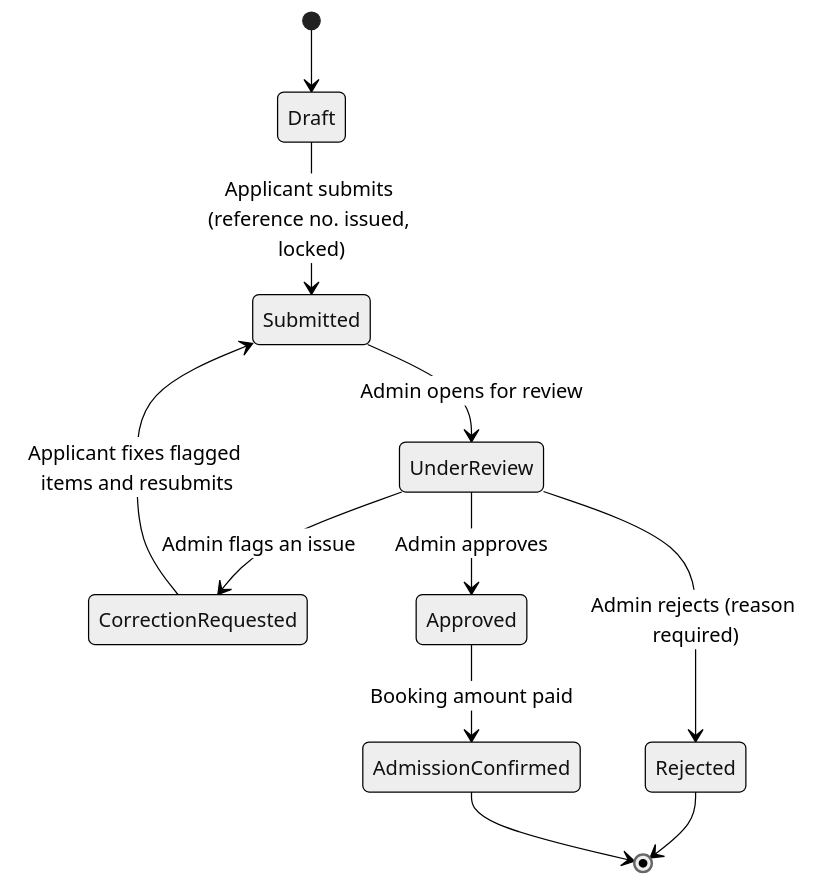
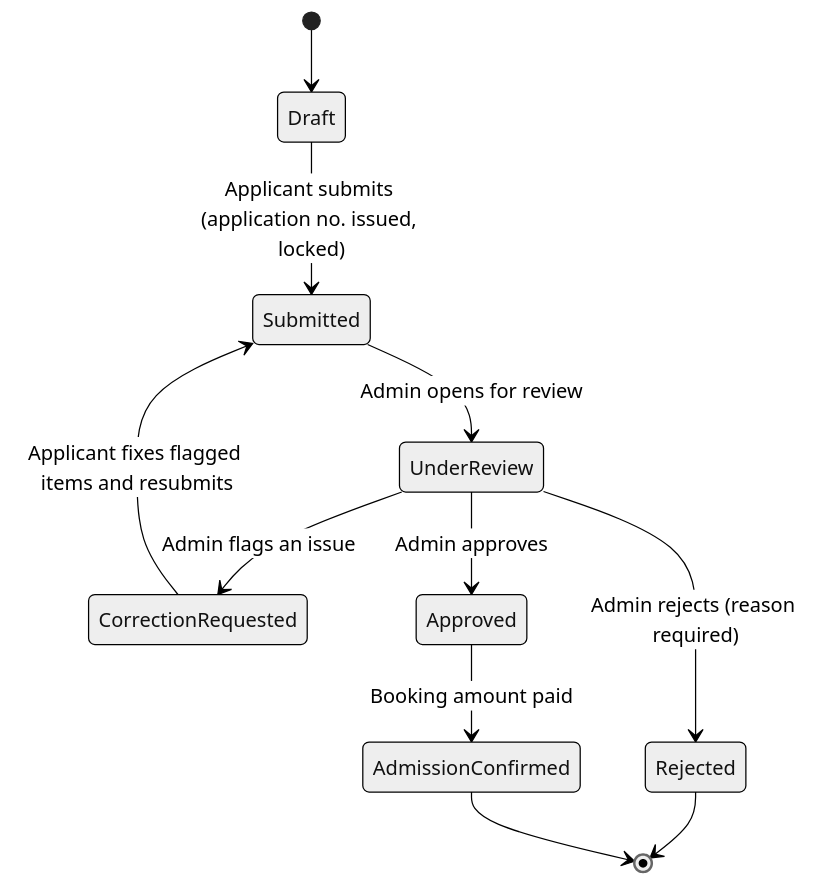
The first of 3 diagrams in product.md (Code-0ne/IEM_Admission_System), drawn with Mermaid (neutral theme) before and after one commit. The commit also changed other lines of this file and 1 other file, not shown here.

First line of the commit message:
refactor: update DB architecture to Supabase + MongoDB GridFS, remove anti-ragging, add application number generation

````diff
--- a/product.md
+++ b/product.md
@@ -144,13 +140,13 @@
 ```mermaid
 stateDiagram-v2
     [*] --> Draft
-    Draft --> Submitted: Applicant submits (reference no. issued, locked)
+    Draft --> Submitted: Applicant submits (application no. issued, locked)
     Submitted --> UnderReview: Admin opens for review
     UnderReview --> CorrectionRequested: Admin flags an issue
     CorrectionRequested --> Submitted: Applicant fixes flagged items and resubmits
     UnderReview --> Approved: Admin approves
     UnderReview --> Rejected: Admin rejects (reason required)
     Approved --> AdmissionConfirmed: Booking amount paid
     Rejected --> [*]
     AdmissionConfirmed --> [*]
 ```
````
